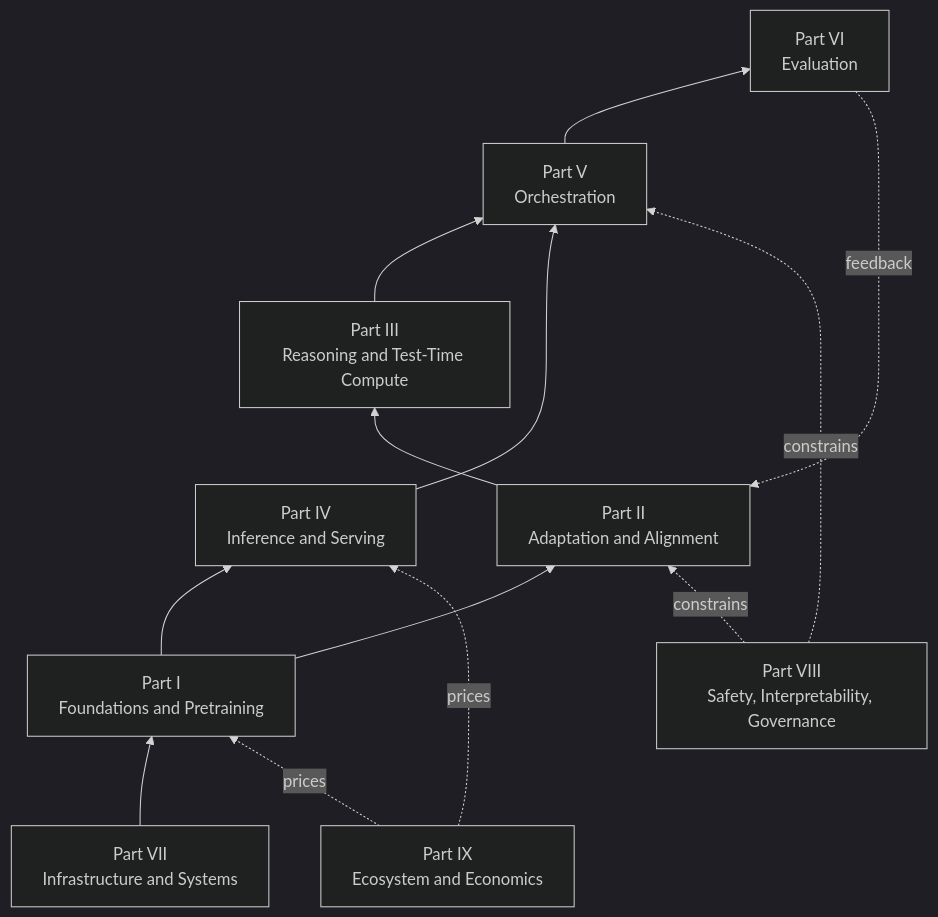
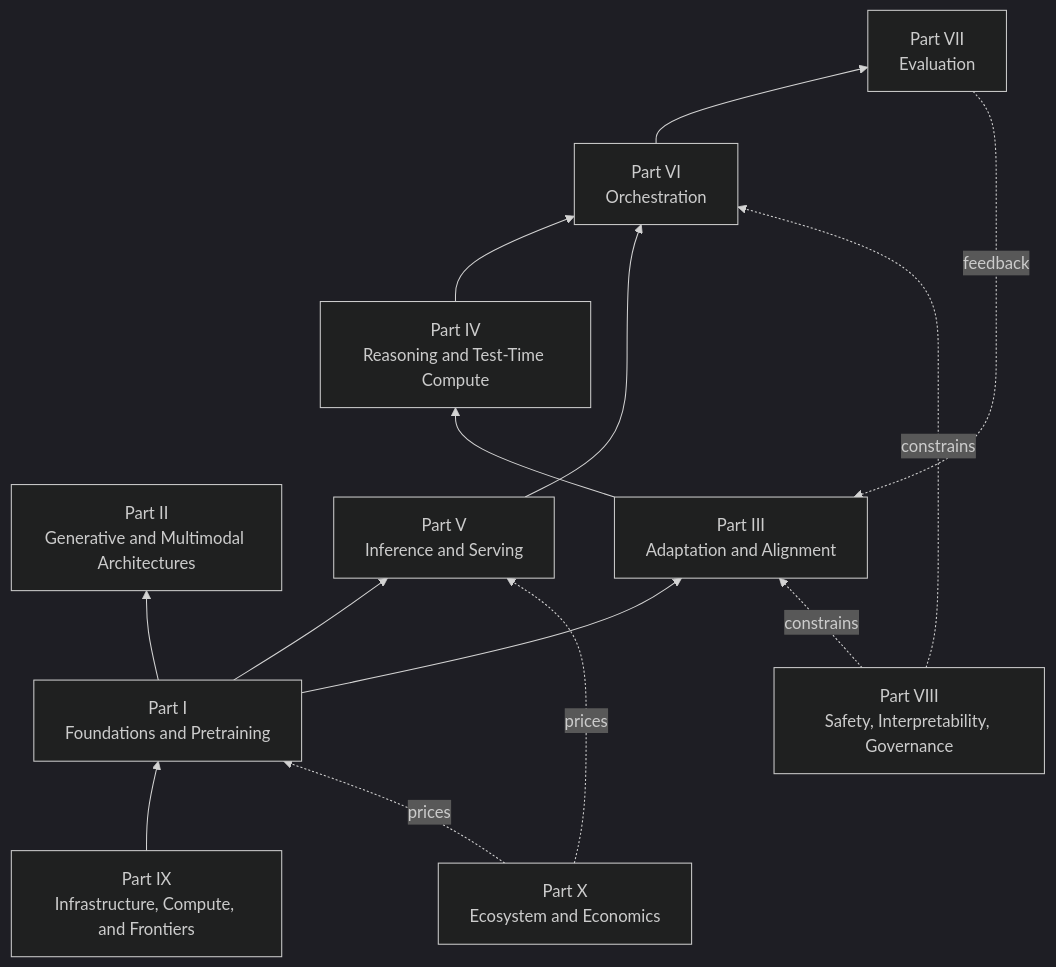
One commit to latere-ai/ai-as-an-infrastructure changed the first of 2 diagrams in zh/orientation/02-field-map.qmd. Above: the diagram before and after it, drawn with Mermaid (dark theme). The commit also changed other lines of this file and 11 other files, not shown here.

````diff
--- a/zh/orientation/02-field-map.qmd
+++ b/zh/orientation/02-field-map.qmd
@@ -11,27 +11,29 @@
 ```{mermaid}
 %%| label: fig-field-map-stack
-%%| fig-cap: "九个部分读作一个栈。实线箭头从一层指向构建于其上的那层；虚线箭头是横切的力（评估反馈、安全约束、经济定价），它们跨层施加影响，而不是把一层喂给下一层。"
+%%| fig-cap: "这些实质部分读作一个栈。实线箭头从一层指向构建于其上的那层；虚线箭头是横切的力（评估反馈、安全约束、经济定价），它们跨层施加影响，而不是把一层喂给下一层。"
 flowchart BT
-  P1["Part I<br/>Foundations and Pretraining"]
-  P2["Part II<br/>Adaptation and Alignment"]
-  P3["Part III<br/>Reasoning and Test-Time Compute"]
-  P4["Part IV<br/>Inference and Serving"]
-  P5["Part V<br/>Orchestration"]
-  P6["Part VI<br/>Evaluation"]
-  P7["Part VII<br/>Infrastructure and Systems"]
-  P8["Part VIII<br/>Safety, Interpretability, Governance"]
-  P9["Part IX<br/>Ecosystem and Economics"]
+  PIX["Part IX<br/>Infrastructure, Compute, and Frontiers"]
+  PI["Part I<br/>Foundations and Pretraining"]
+  PII["Part II<br/>Generative and Multimodal Architectures"]
+  PIII["Part III<br/>Adaptation and Alignment"]
+  PIV["Part IV<br/>Reasoning and Test-Time Compute"]
+  PV["Part V<br/>Inference and Serving"]
+  PVI["Part VI<br/>Orchestration"]
+  PVII["Part VII<br/>Evaluation"]
+  PVIII["Part VIII<br/>Safety, Interpretability, Governance"]
+  PX["Part X<br/>Ecosystem and Economics"]
 
-  P7 --> P1
-  P1 --> P2
-  P2 --> P3
-  P1 --> P4
-  P3 --> P5
-  P4 --> P5
-  P5 --> P6
-  P6 -.feedback.-> P2
-  P8 -.constrains.-> P2
-  P8 -.constrains.-> P5
-  P9 -.prices.-> P1
-  P9 -.prices.-> P4
+  PIX --> PI
+  PI --> PII
+  PI --> PIII
+  PIII --> PIV
+  PI --> PV
+  PIV --> PVI
+  PV --> PVI
+  PVI --> PVII
+  PVII -.feedback.-> PIII
+  PVIII -.constrains.-> PIII
+  PVIII -.constrains.-> PVI
+  PX -.prices.-> PI
+  PX -.prices.-> PV
 ```
````
